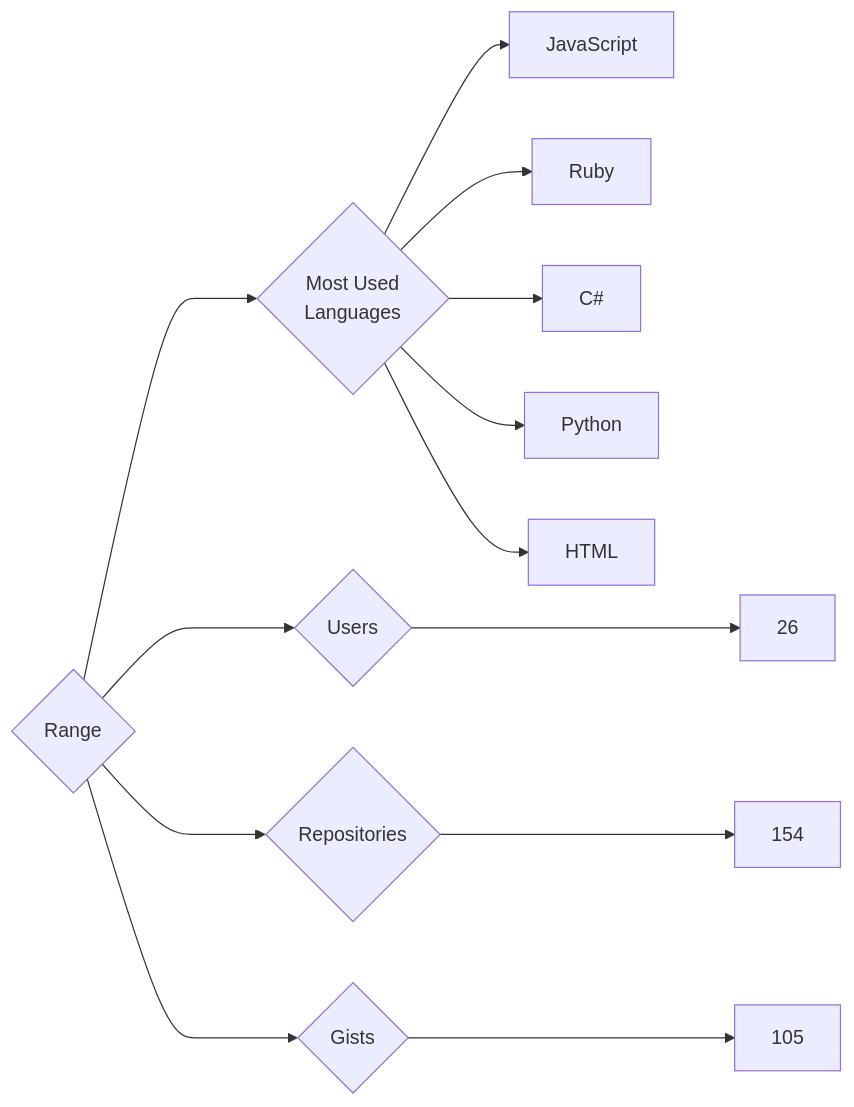
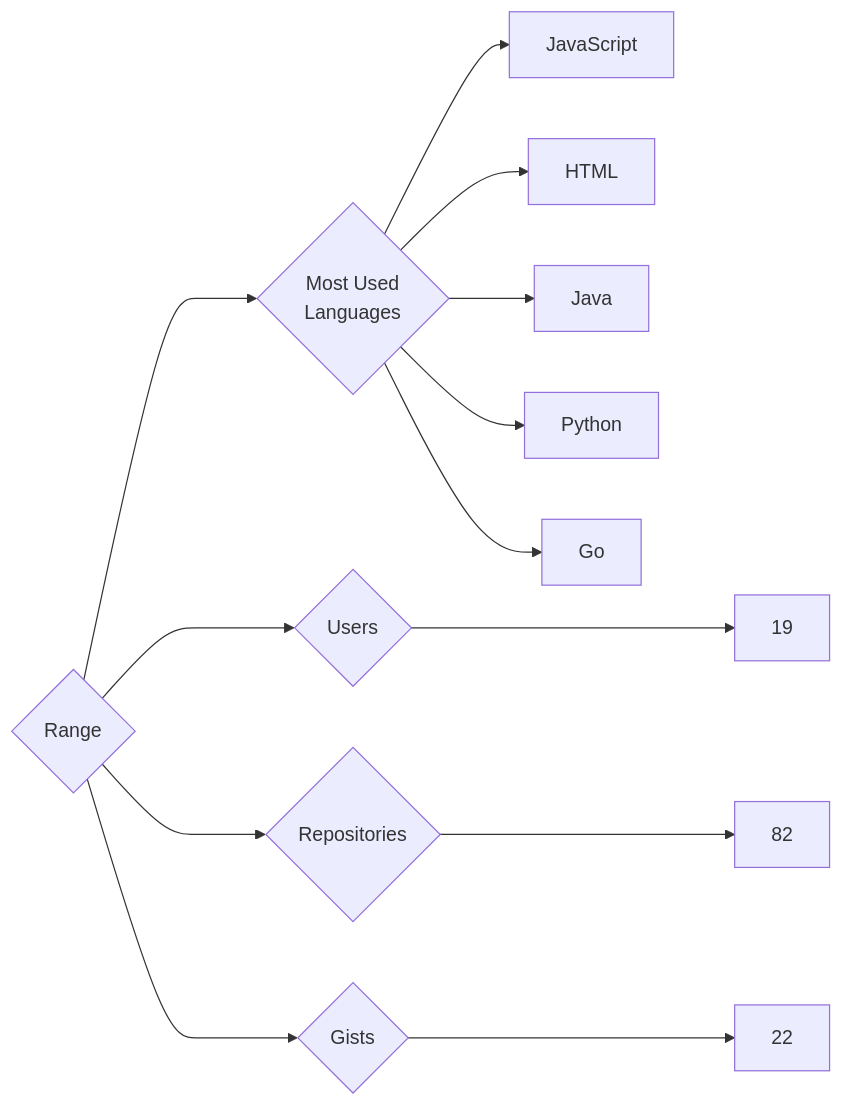
The diagram in targets/Range/README.md (trickest/insiders), drawn with Mermaid before and after one commit. The commit also changed 1011 other files, not shown here.

````diff
--- a/targets/Range/README.md
+++ b/targets/Range/README.md
@@ -3,13 +3,13 @@
 ```mermaid
 graph LR
 COMPANY_NAME{Range}
-COMPANY_NAME ---> U{Users} ---> UN[26]
-COMPANY_NAME ---> R{Repositories} ---> RN[154]
-COMPANY_NAME ---> G{Gists} ---> GN[105]
+COMPANY_NAME ---> U{Users} ---> UN[19]
+COMPANY_NAME ---> R{Repositories} ---> RN[82]
+COMPANY_NAME ---> G{Gists} ---> GN[22]
 COMPANY_NAME ---> ML{Most Used<br>Languages}
 ML --> JavaScript[JavaScript]
-ML --> Ruby[Ruby]
-ML --> C#[C#]
+ML --> HTML[HTML]
+ML --> Java[Java]
 ML --> Python[Python]
-ML --> HTML[HTML]
+ML --> Go[Go]
 ```
````
